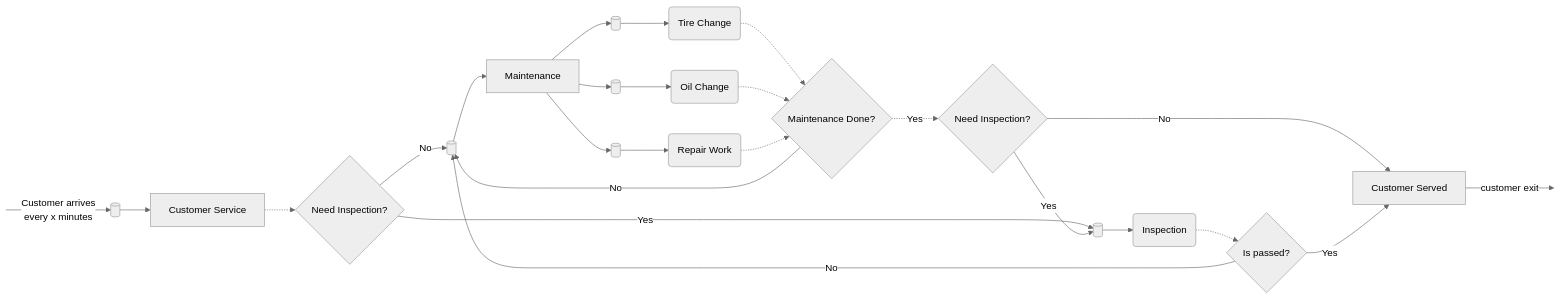
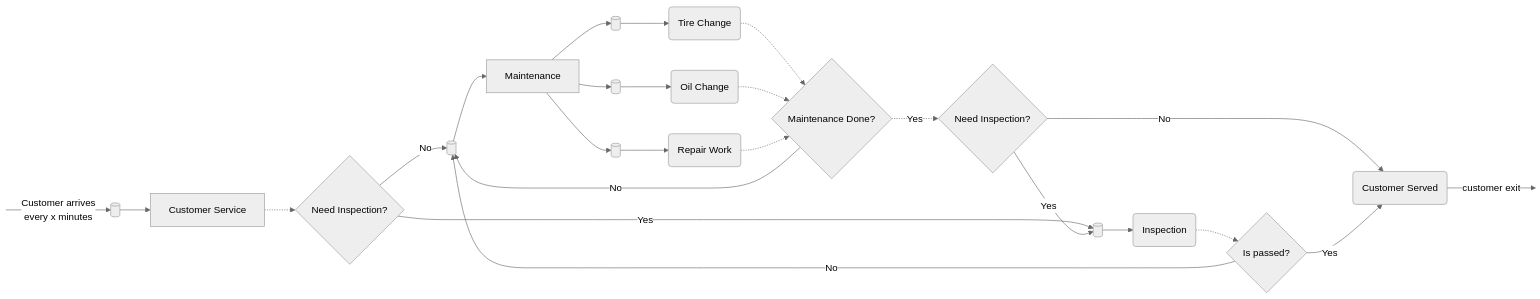
Before and after one commit to swostikl/Car-Garage-Simulation: the first of 2 diagrams in README.md, drawn with Mermaid (neutral theme).

Commit message:
Fix syntax for customerServed in README.md

````diff
--- a/README.md
+++ b/README.md
@@ -1,28 +1,28 @@
 ```mermaid
 flowchart LR
     nowhere1[" "] -- Customer arrives <br> every x minutes --> queue1[(" ")]
     queue1 --> customerService["Customer Service"]
     customerService -.-> needInspection{"Need Inspection?"}
     needInspection -- No --> queueMaintenance[(" ")]
     needInspection -- Yes --> queueInspection[(" ")]
     queueMaintenance --> maintenance["Maintenance"]
     queueInspection --> inspection("Inspection")
     maintenance --> tireQueue[(" ")] & oilQueue[(" ")] & repairQueue[(" ")]
     tireQueue --> tireChange("Tire Change")
     oilQueue --> oilChange("Oil Change")
     repairQueue --> repairWork("Repair Work")
     tireChange -.-> maintenanceDone{"Maintenance Done?"}
     oilChange -.-> maintenanceDone
     repairWork -.-> maintenanceDone
     maintenanceDone -. Yes .-> needInspection1{"Need Inspection?"}
-    needInspection1 -- No --> customerServed["Customer Served"]
+    needInspection1 -- No --> customerServed("Customer Served")
     needInspection1 -- Yes --> queueInspection
     maintenanceDone -- No --> queueMaintenance
     inspection -.-> isPassed{"Is passed?"}
     isPassed -- Yes --> customerServed
     isPassed -- No --> queueMaintenance
     customerServed -- customer exit --> exit[" "]
     style nowhere1 width:0px
     style exit width:0px
 
 ```
````
